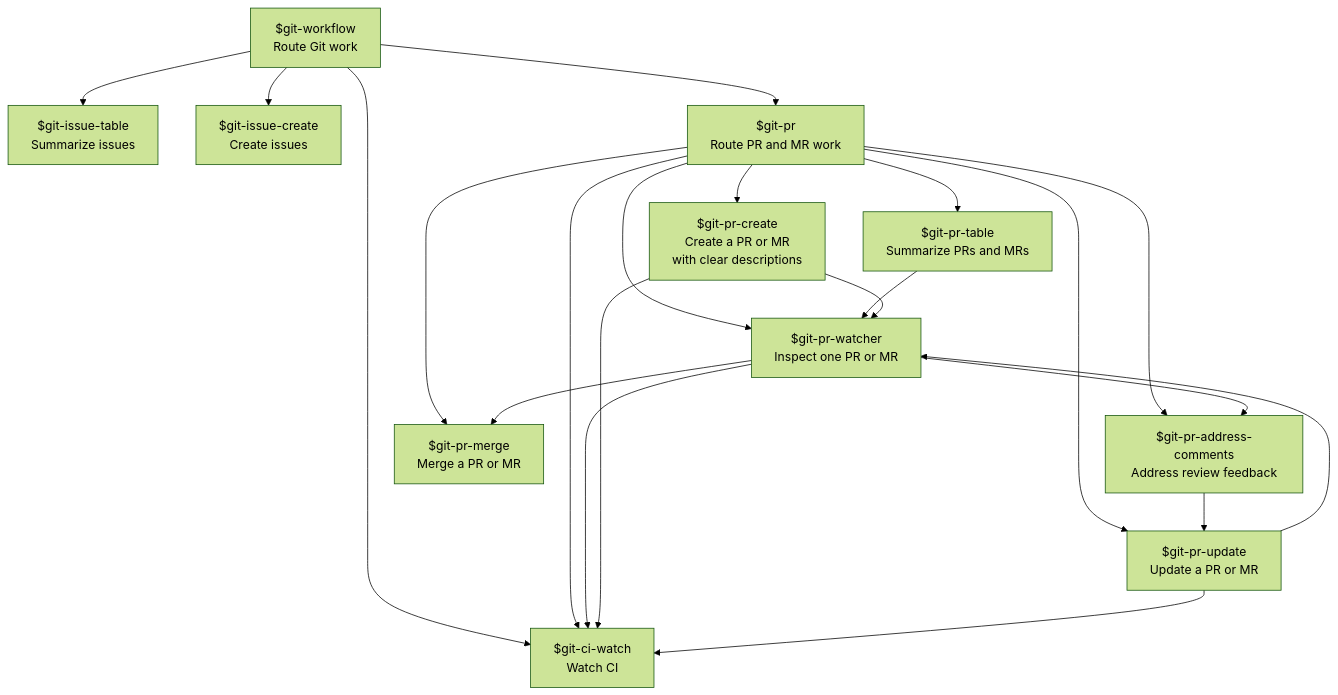
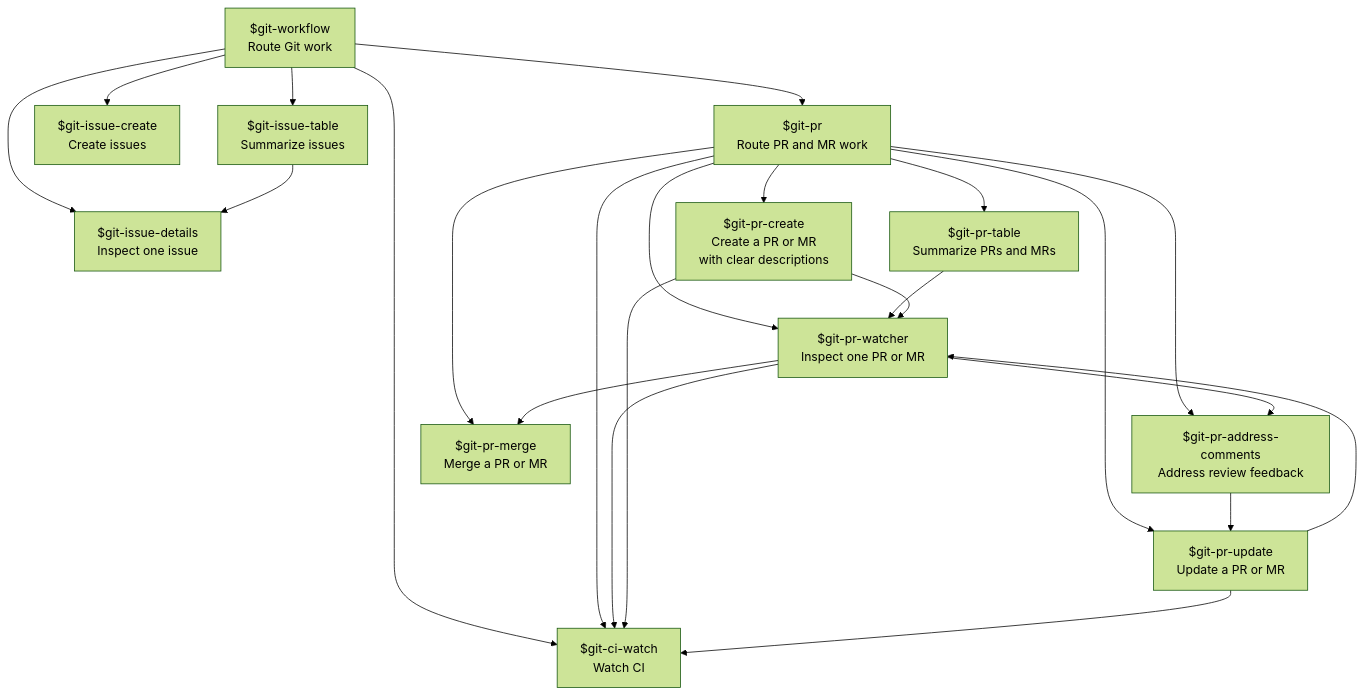
Before and after one commit to jeeftor/gitSkills: the diagram in agent-matrix.md, drawn with Mermaid (forest theme). The commit also changed other lines of this file and 10 other files, not shown here.

````diff
--- a/agent-matrix.md
+++ b/agent-matrix.md
@@ -3,35 +3,38 @@
 ```mermaid
 flowchart TD
     WORKFLOW["$git-workflow<br/>Route Git work"]
     ISSUE_TABLE["$git-issue-table<br/>Summarize issues"]
+    ISSUE_DETAILS["$git-issue-details<br/>Inspect one issue"]
     ISSUE_CREATE["$git-issue-create<br/>Create issues"]
     PR["$git-pr<br/>Route PR and MR work"]
     PR_TABLE["$git-pr-table<br/>Summarize PRs and MRs"]
     PR_WATCHER["$git-pr-watcher<br/>Inspect one PR or MR"]
     PR_ADDRESS["$git-pr-address-comments<br/>Address review feedback"]
     CI_WATCH["$git-ci-watch<br/>Watch CI"]
     PR_CREATE["$git-pr-create<br/>Create a PR or MR<br/>with clear descriptions"]
     PR_UPDATE["$git-pr-update<br/>Update a PR or MR"]
     PR_MERGE["$git-pr-merge<br/>Merge a PR or MR"]
 
     WORKFLOW --> ISSUE_TABLE
+    WORKFLOW --> ISSUE_DETAILS
     WORKFLOW --> ISSUE_CREATE
     WORKFLOW --> PR
     WORKFLOW --> CI_WATCH
+    ISSUE_TABLE --> ISSUE_DETAILS
     PR --> PR_TABLE
     PR --> PR_WATCHER
     PR --> PR_ADDRESS
     PR --> CI_WATCH
     PR --> PR_CREATE
     PR --> PR_UPDATE
     PR --> PR_MERGE
     PR_TABLE --> PR_WATCHER
     PR_WATCHER --> CI_WATCH
     PR_WATCHER --> PR_ADDRESS
     PR_ADDRESS --> PR_UPDATE
     PR_CREATE --> PR_WATCHER
     PR_CREATE --> CI_WATCH
     PR_UPDATE --> CI_WATCH
     PR_UPDATE --> PR_WATCHER
     PR_WATCHER --> PR_MERGE
 ```
````
